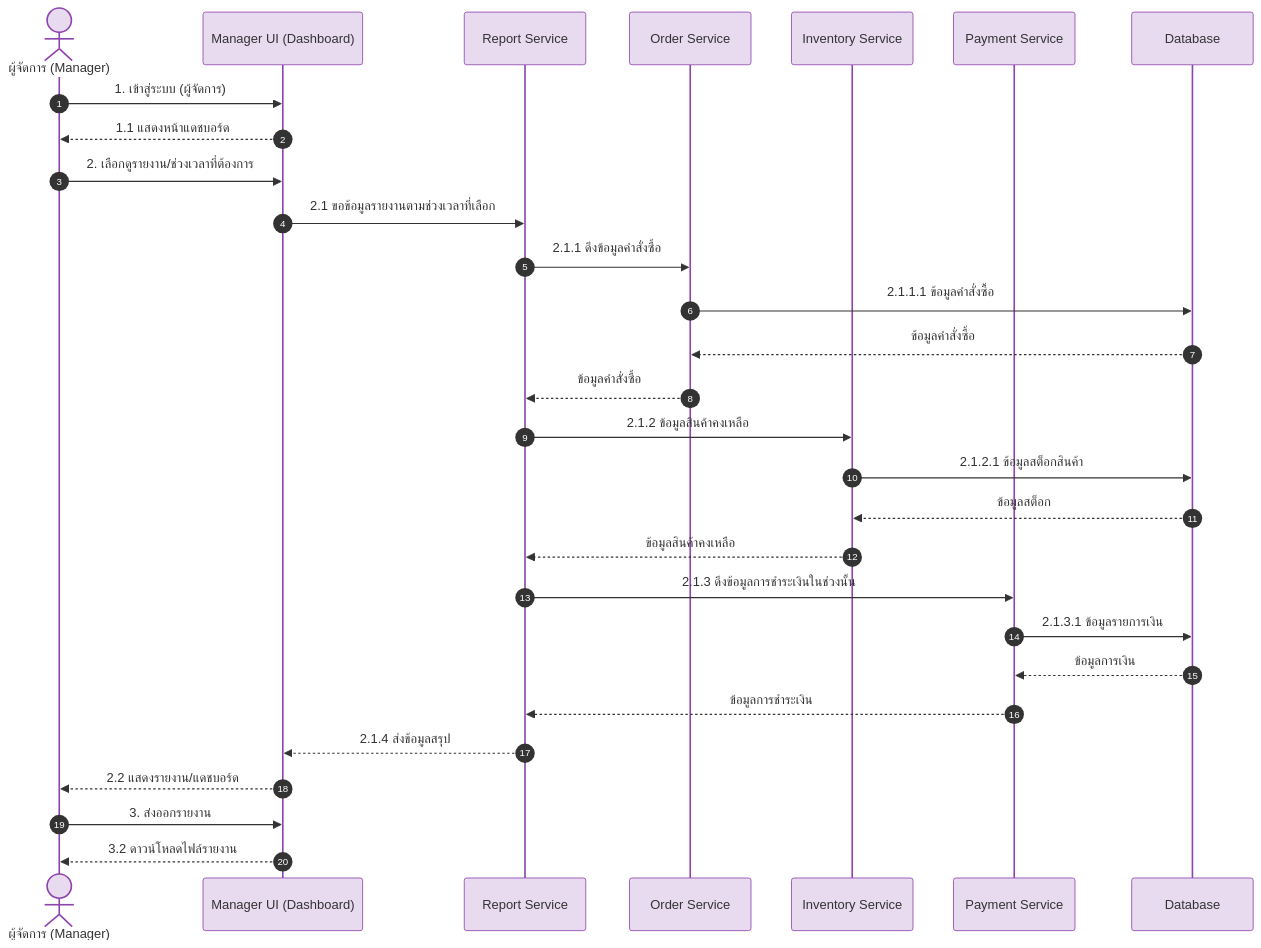
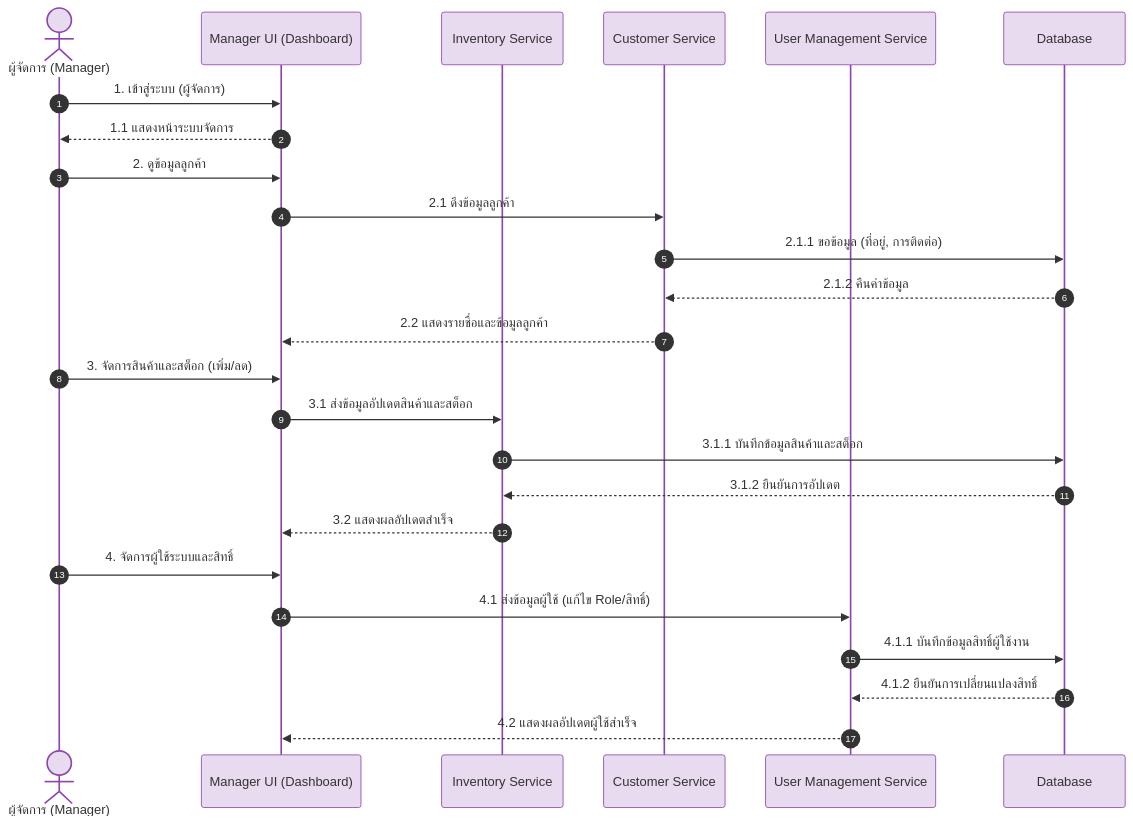
One commit to ArGusmumumimi/PC-Center- changed the seventh of 8 diagrams in README.md. Above: the diagram before and after it, drawn with Mermaid. The commit also changed other lines of this file, not shown here.

````diff
--- a/README.md
+++ b/README.md
@@ -651,35 +596,32 @@
 ```mermaid
 %%{init: {'theme': 'base', 'themeVariables': {'actorBkg': '#e8daef', 'actorTextColor': '#333', 'actorBorder': '#8e44ad', 'signalColor': '#333', 'signalTextColor': '#333', 'labelBoxBkgColor': '#e8daef', 'labelBoxBorderColor': '#8e44ad', 'labelTextColor': '#333', 'activationBkgColor': '#f4ecf7', 'activationBorderColor': '#8e44ad', 'sequenceNumberColor': '#fff', 'background': '#ffffff'}}}%%
 sequenceDiagram
     autonumber
     actor M as ผู้จัดการ (Manager)
     participant MUI as Manager UI (Dashboard)
-    participant RPT as Report Service
-    participant ORD as Order Service
     participant INV as Inventory Service
-    participant PAY as Payment Service
+    participant CUST as Customer Service
+    participant USR as User Management Service
     participant DB as Database
 
     M->>MUI: 1. เข้าสู่ระบบ (ผู้จัดการ)
-    MUI-->>M: 1.1 แสดงหน้าแดชบอร์ด
+    MUI-->>M: 1.1 แสดงหน้าระบบจัดการ
 
-    M->>MUI: 2. เลือกดูรายงาน/ช่วงเวลาที่ต้องการ
-    MUI->>RPT: 2.1 ขอข้อมูลรายงานตามช่วงเวลาที่เลือก
-    RPT->>ORD: 2.1.1 ดึงข้อมูลคำสั่งซื้อ
-    ORD->>DB: 2.1.1.1 ข้อมูลคำสั่งซื้อ
-    DB-->>ORD: ข้อมูลคำสั่งซื้อ
-    ORD-->>RPT: ข้อมูลคำสั่งซื้อ
-    RPT->>INV: 2.1.2 ข้อมูลสินค้าคงเหลือ
-    INV->>DB: 2.1.2.1 ข้อมูลสต็อกสินค้า
-    DB-->>INV: ข้อมูลสต็อก
-    INV-->>RPT: ข้อมูลสินค้าคงเหลือ
-    RPT->>PAY: 2.1.3 ดึงข้อมูลการชำระเงินในช่วงนั้น
-    PAY->>DB: 2.1.3.1 ข้อมูลรายการเงิน
-    DB-->>PAY: ข้อมูลการเงิน
-    PAY-->>RPT: ข้อมูลการชำระเงิน
-    RPT-->>MUI: 2.1.4 ส่งข้อมูลสรุป
-    MUI-->>M: 2.2 แสดงรายงาน/แดชบอร์ด
+    M->>MUI: 2. ดูข้อมูลลูกค้า
+    MUI->>CUST: 2.1 ดึงข้อมูลลูกค้า
+    CUST->>DB: 2.1.1 ขอข้อมูล (ที่อยู่, การติดต่อ)
+    DB-->>CUST: 2.1.2 คืนค่าข้อมูล
+    CUST-->>MUI: 2.2 แสดงรายชื่อและข้อมูลลูกค้า
 
-    M->>MUI: 3. ส่งออกรายงาน
-    MUI-->>M: 3.2 ดาวน์โหลดไฟล์รายงาน
+    M->>MUI: 3. จัดการสินค้าและสต็อก (เพิ่ม/ลด)
+    MUI->>INV: 3.1 ส่งข้อมูลอัปเดตสินค้าและสต็อก
+    INV->>DB: 3.1.1 บันทึกข้อมูลสินค้าและสต็อก
+    DB-->>INV: 3.1.2 ยืนยันการอัปเดต
+    INV-->>MUI: 3.2 แสดงผลอัปเดตสำเร็จ
+
+    M->>MUI: 4. จัดการผู้ใช้ระบบและสิทธิ์
+    MUI->>USR: 4.1 ส่งข้อมูลผู้ใช้ (แก้ไข Role/สิทธิ์)
+    USR->>DB: 4.1.1 บันทึกข้อมูลสิทธิ์ผู้ใช้งาน
+    DB-->>USR: 4.1.2 ยืนยันการเปลี่ยนแปลงสิทธิ์
+    USR-->>MUI: 4.2 แสดงผลอัปเดตผู้ใช้สำเร็จ
 ```
````
